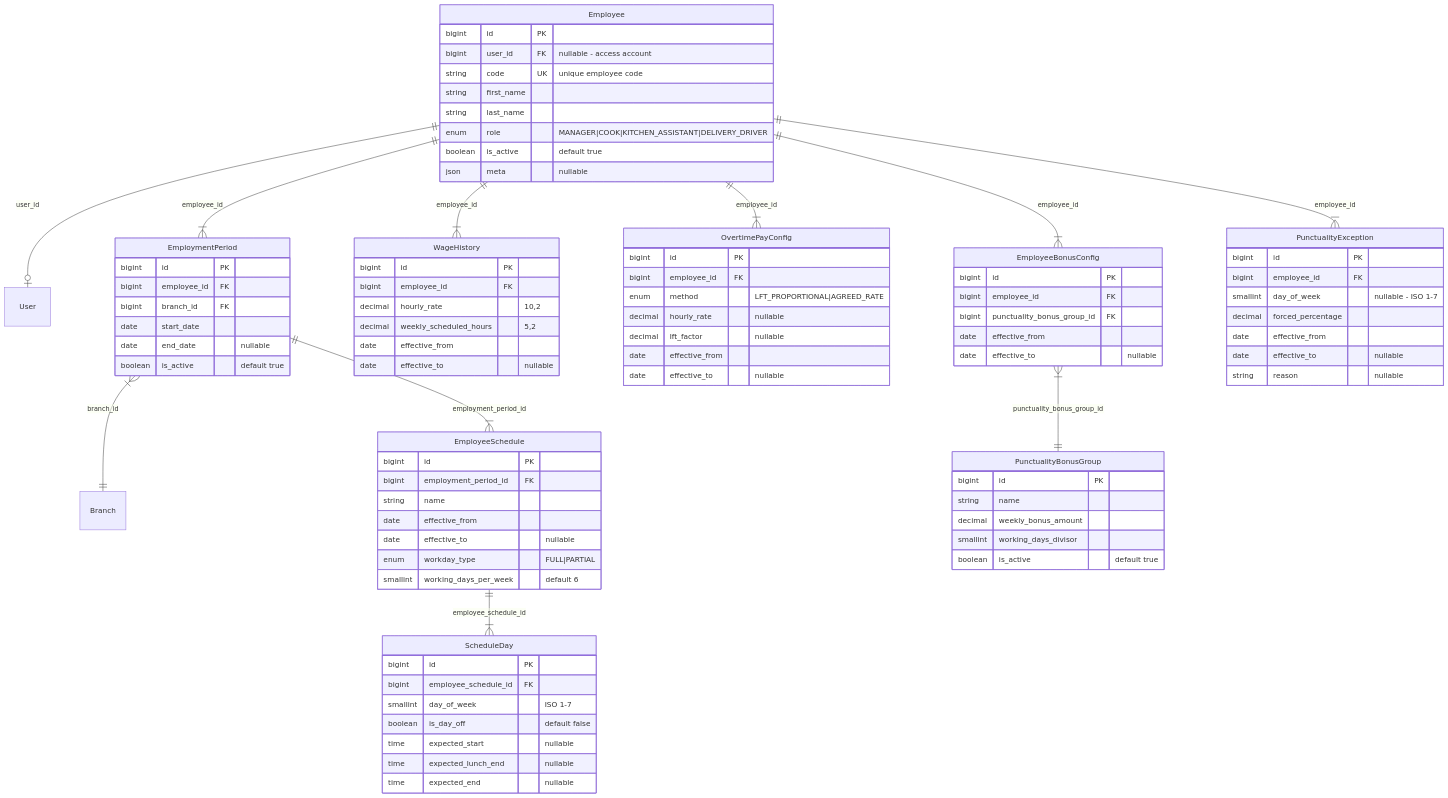
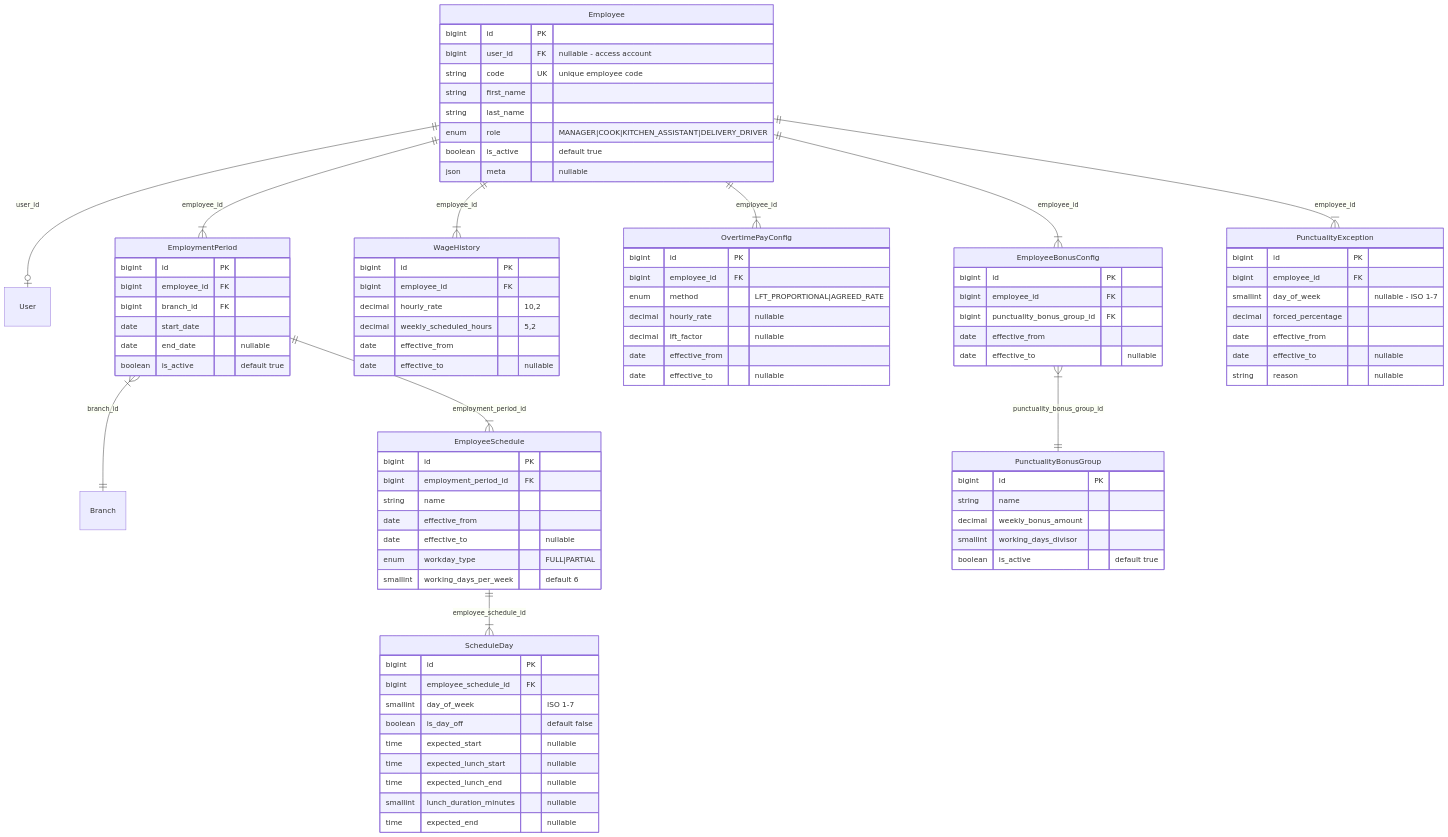
One commit to pakodiazdev/sushigo changed the first of 18 diagrams in doc/modules/attendance-payroll/attendance-payroll-domain-model.en.md. Above: the diagram before and after it, drawn with Mermaid. The commit also changed other lines of this file and 18 other files, not shown here.

```diff
--- a/doc/modules/attendance-payroll/attendance-payroll-domain-model.en.md
+++ b/doc/modules/attendance-payroll/attendance-payroll-domain-model.en.md
@@ -75,7 +75,9 @@
         smallint day_of_week "ISO 1-7"
         boolean is_day_off "default false"
         time expected_start "nullable"
+        time expected_lunch_start "nullable"
         time expected_lunch_end "nullable"
+        smallint lunch_duration_minutes "nullable"
         time expected_end "nullable"
     }
 
```
